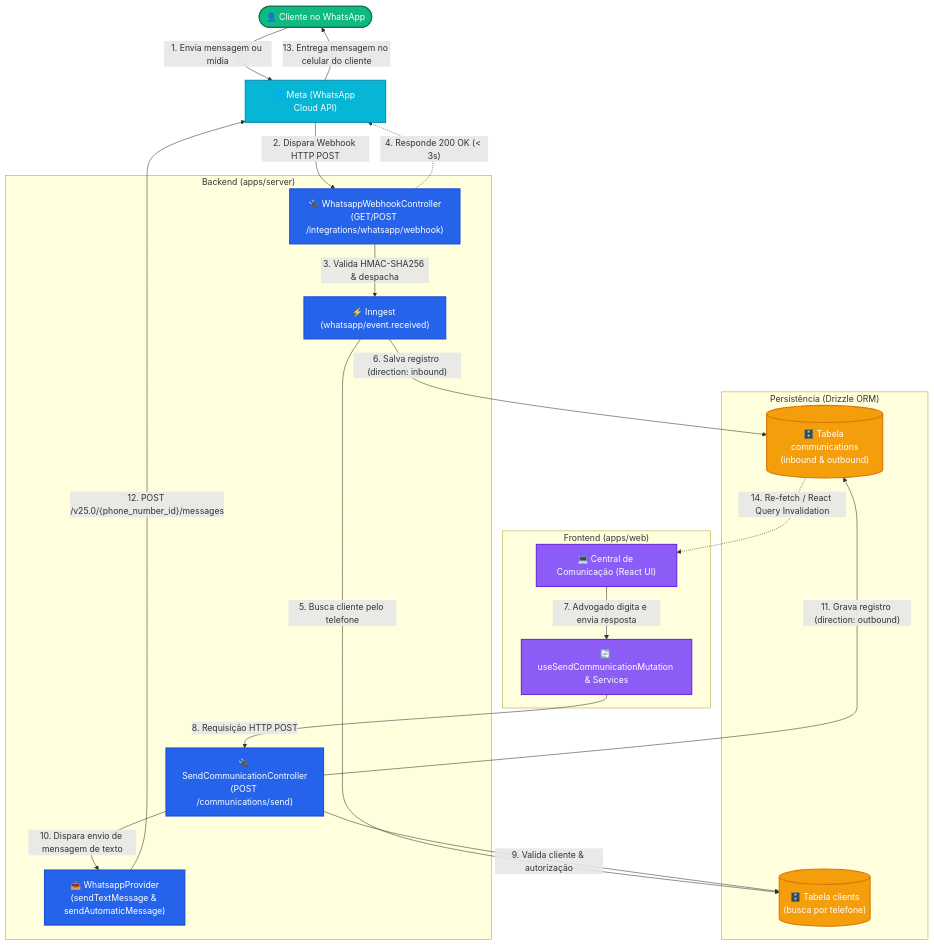
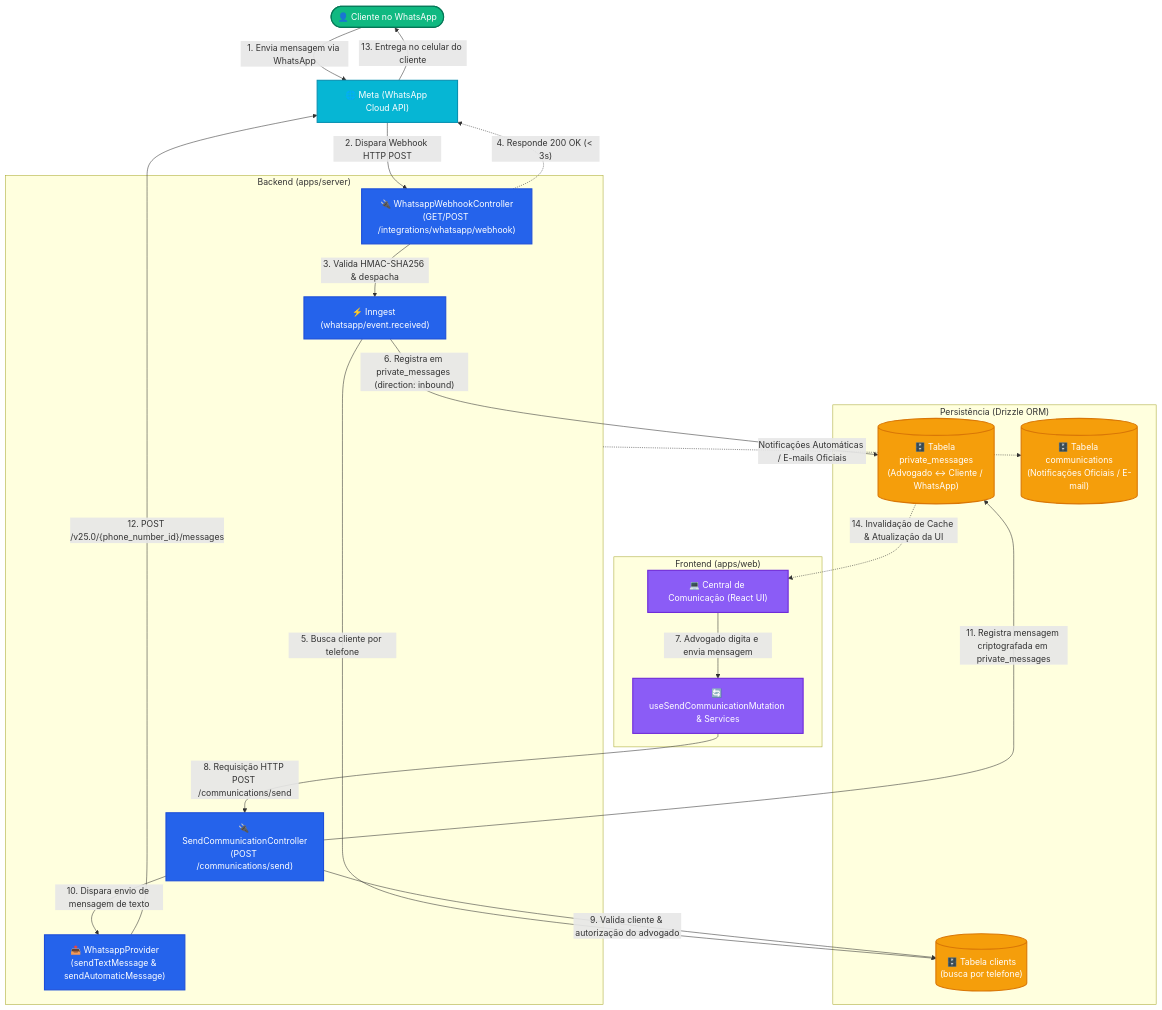
One commit to hms-society/hms changed the first of 2 diagrams in apps/server/src/shared/communication/webhook-mermaid.md. Above: the diagram before and after it, drawn with Mermaid. The commit also changed other lines of this file and 5 other files, not shown here.

Commit message:
refactor(server): operate WhatsApp chat on private_messages table

````diff
--- a/apps/server/src/shared/communication/webhook-mermaid.md
+++ b/apps/server/src/shared/communication/webhook-mermaid.md
@@ -11,53 +9,57 @@
 ```mermaid
 graph TD
     %% Estilos de nós
     classDef client fill:#10b981,stroke:#047857,color:#ffffff,stroke-width:2px;
     classDef meta fill:#06b6d4,stroke:#0891b2,color:#ffffff,stroke-width:2px;
     classDef server fill:#2563eb,stroke:#1d4ed8,color:#ffffff,stroke-width:2px;
     classDef web fill:#8b5cf6,stroke:#6d28d9,color:#ffffff,stroke-width:2px;
     classDef db fill:#f59e0b,stroke:#d97706,color:#ffffff,stroke-width:2px;
 
     %% Atores e Plataformas Externas
     Cliente(["👤 Cliente no WhatsApp"]):::client
     MetaAPI["🌐 Meta (WhatsApp Cloud API)"]:::meta
 
     %% Frontend (Web App)
     subgraph Web_App ["Frontend (apps/web)"]
         ChatUI["💻 Central de Comunicação (React UI)"]:::web
         ReactQuery["🔄 useSendCommunicationMutation & Services"]:::web
     end
 
     %% Backend (Server App)
     subgraph HMS_Server ["Backend (apps/server)"]
         WebhookCtrl["🔌 WhatsappWebhookController<br/>(GET/POST /integrations/whatsapp/webhook)"]:::server
         SendCtrl["🔌 SendCommunicationController<br/>(POST /communications/send)"]:::server
         InngestJob["⚡ Inngest (whatsapp/event.received)"]:::server
         WhatsappProv["📤 WhatsappProvider<br/>(sendTextMessage & sendAutomaticMessage)"]:::server
     end
 
     %% Banco de Dados
     subgraph Database ["Persistência (Drizzle ORM)"]
-        DBCommunications[("🗄️ Tabela communications<br/>(inbound & outbound)")]:::db
+        DBPrivateMsgs[("🗄️ Tabela private_messages<br/>(Advogado ↔ Cliente / WhatsApp)")]:::db
+        DBCommunications[("🗄️ Tabela communications<br/>(Notificações Oficiais / E-mail)")]:::db
         DBClients[("🗄️ Tabela clients<br/>(busca por telefone)")]:::db
     end
 
-    %% FLUXO INBOUND (Entrada)
-    Cliente -->|"1. Envia mensagem ou mídia"| MetaAPI
+    %% FLUXO INBOUND (Entrada no Chat WhatsApp)
+    Cliente -->|"1. Envia mensagem via WhatsApp"| MetaAPI
     MetaAPI -->|"2. Dispara Webhook HTTP POST"| WebhookCtrl
     WebhookCtrl -->|"3. Valida HMAC-SHA256 & despacha"| InngestJob
     WebhookCtrl -.->|"4. Responde 200 OK (< 3s)"| MetaAPI
-    InngestJob -->|"5. Busca cliente pelo telefone"| DBClients
-    InngestJob -->|"6. Salva registro (direction: inbound)"| DBCommunications
+    InngestJob -->|"5. Busca cliente por telefone"| DBClients
+    InngestJob -->|"6. Registra em private_messages (direction: inbound)"| DBPrivateMsgs
 
-    %% FLUXO OUTBOUND (Saída Manual via UI)
-    ChatUI -->|"7. Advogado digita e envia resposta"| ReactQuery
-    ReactQuery -->|"8. Requisição HTTP POST"| SendCtrl
-    SendCtrl -->|"9. Valida cliente & autorização"| DBClients
+    %% FLUXO OUTBOUND (Saída pelo Advogado na UI)
+    ChatUI -->|"7. Advogado digita e envia mensagem"| ReactQuery
+    ReactQuery -->|"8. Requisição HTTP POST /communications/send"| SendCtrl
+    SendCtrl -->|"9. Valida cliente & autorização do advogado"| DBClients
     SendCtrl -->|"10. Dispara envio de mensagem de texto"| WhatsappProv
-    SendCtrl -->|"11. Grava registro (direction: outbound)"| DBCommunications
+    SendCtrl -->|"11. Registra mensagem criptografada em private_messages"| DBPrivateMsgs
     WhatsappProv -->|"12. POST /v25.0/{phone_number_id}/messages"| MetaAPI
-    MetaAPI -->|"13. Entrega mensagem no celular do cliente"| Cliente
+    MetaAPI -->|"13. Entrega no celular do cliente"| Cliente
 
     %% ATUALIZAÇÃO REATIVA DA UI
-    DBCommunications -.->|"14. Re-fetch / React Query Invalidation"| ChatUI
+    DBPrivateMsgs -.->|"14. Invalidação de Cache & Atualização da UI"| ChatUI
+
+    %% NOTIFICAÇÕES OFICIAIS DO SISTEMA
+    HMS_Server -.->|"Notificações Automáticas / E-mails Oficiais"| DBCommunications
 ```
````
